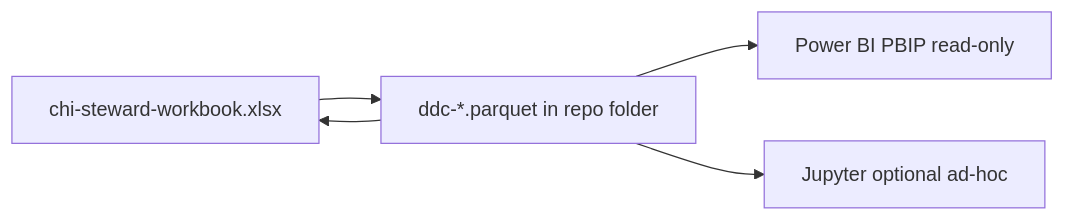
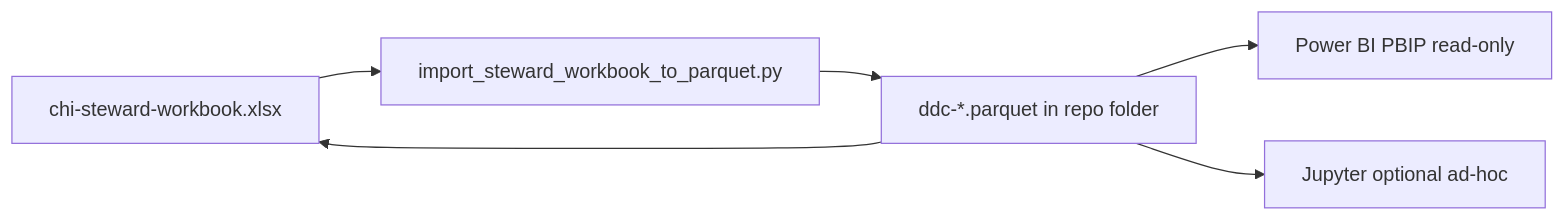
One commit to ajayprashar/chi-data-dictionary-catalog changed the diagram in docs/excel-workbook-guide.md. Above: the diagram before and after it, drawn with Mermaid. The commit also changed other lines of this file and 3 other files, not shown here.

````diff
--- a/docs/excel-workbook-guide.md
+++ b/docs/excel-workbook-guide.md
@@ -26,12 +44,13 @@
 ```mermaid
 flowchart LR
     Steward["chi-steward-workbook.xlsx"]
+    Import["import_steward_workbook_to_parquet.py"]
     Parquet["ddc-*.parquet in repo folder"]
     PBI["Power BI PBIP read-only"]
     Notebook["Jupyter optional ad-hoc"]
 
-    Steward --> Parquet
+    Steward --> Import --> Parquet
     Parquet --> Steward
     Parquet --> PBI
     Parquet --> Notebook
 ```
````
